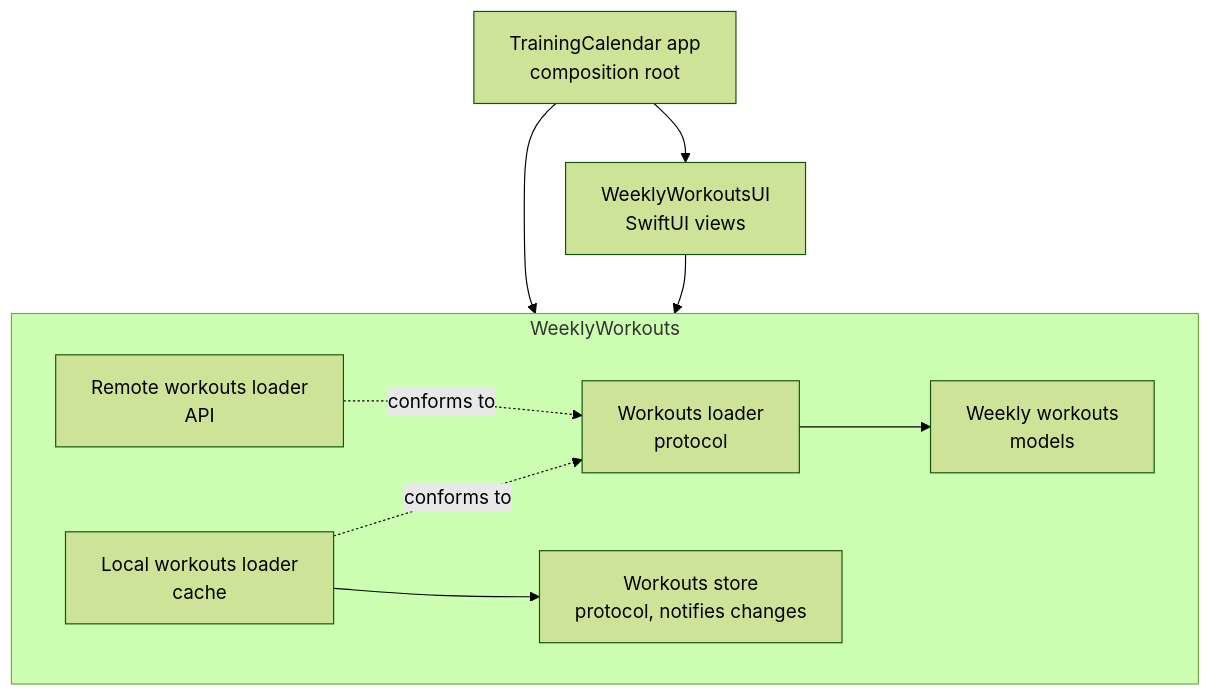
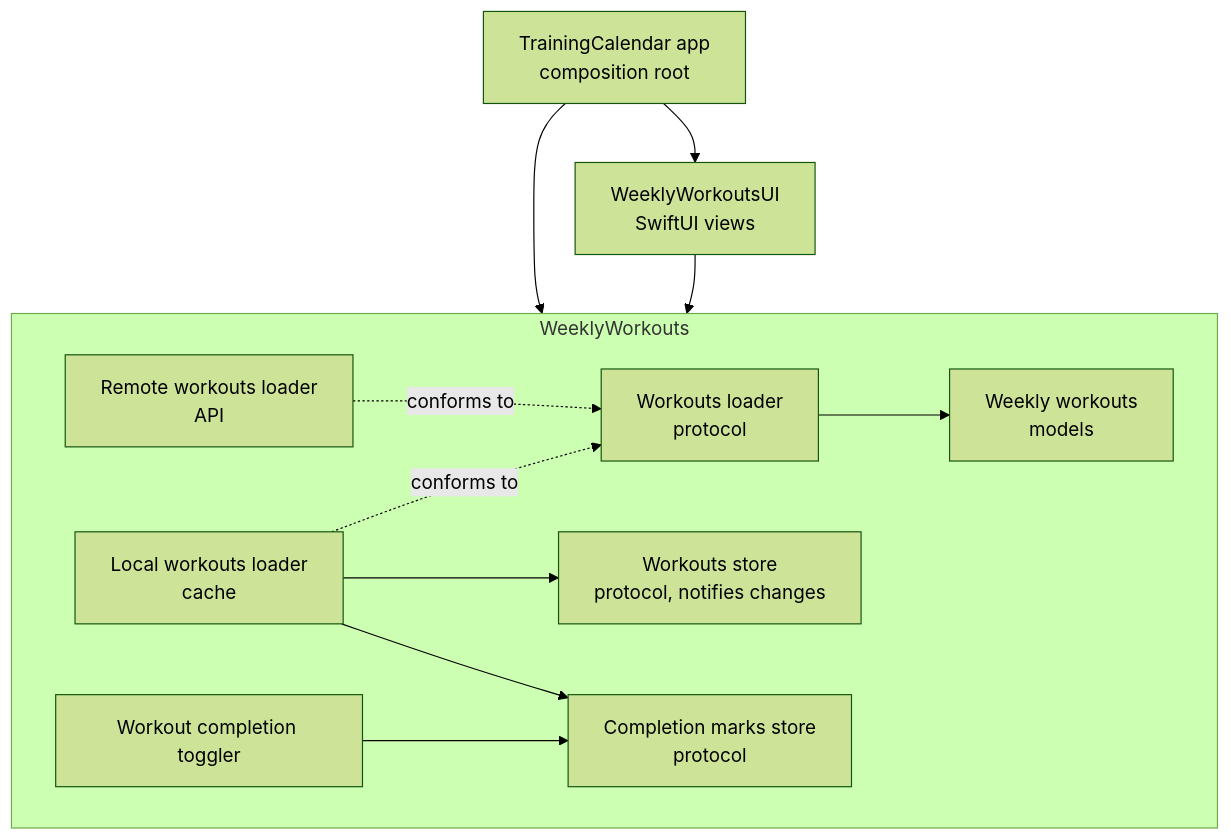
Before and after one commit to tringuyen623/training-calendar: the second of 2 diagrams in README.md, drawn with Mermaid (forest theme).

Commit message:
Add the completion marks store and the toggler to the architecture diagram

````diff
--- a/README.md
+++ b/README.md
@@ -321,12 +321,14 @@
 ```mermaid
 graph TD
     App["TrainingCalendar app<br/>composition root"] --> UI["WeeklyWorkoutsUI<br/>SwiftUI views"]
     App --> Package
     UI --> Package
     subgraph Package["WeeklyWorkouts"]
         Remote["Remote workouts loader<br/>API"] -. conforms to .-> Loader["Workouts loader<br/>protocol"]
         Local["Local workouts loader<br/>cache"] -. conforms to .-> Loader
         Local --> Store["Workouts store<br/>protocol, notifies changes"]
+        Local --> Marks["Completion marks store<br/>protocol"]
+        Toggler["Workout completion toggler"] --> Marks
         Loader --> Models["Weekly workouts<br/>models"]
     end
 ```
````
